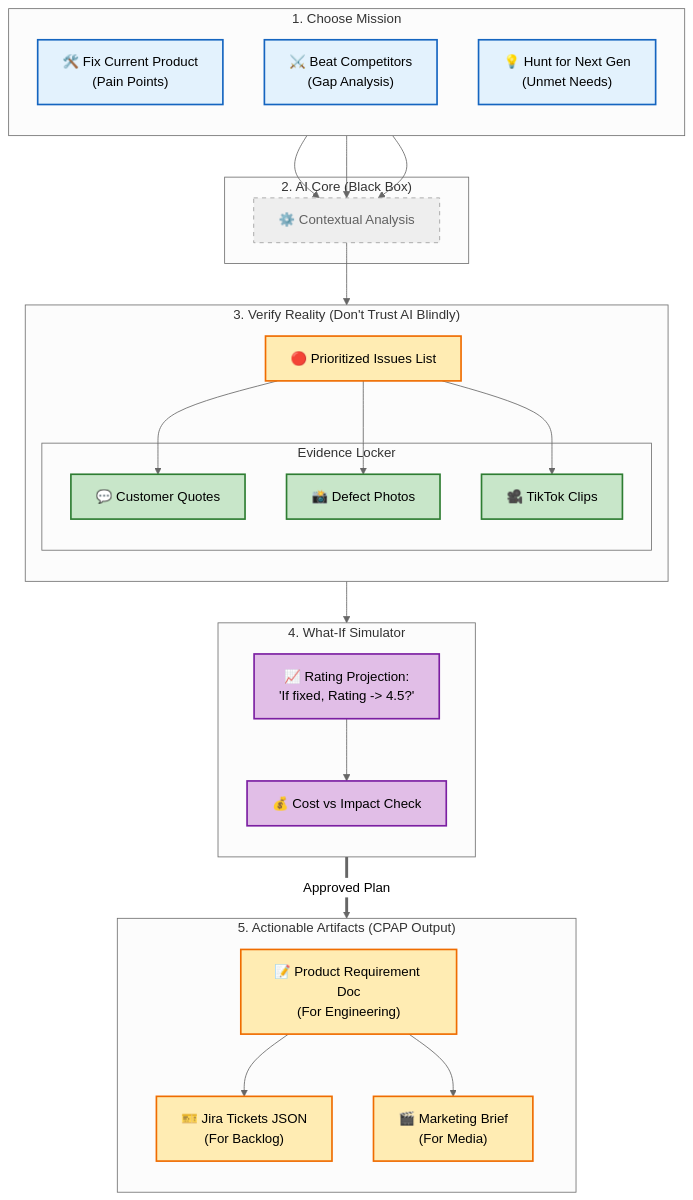
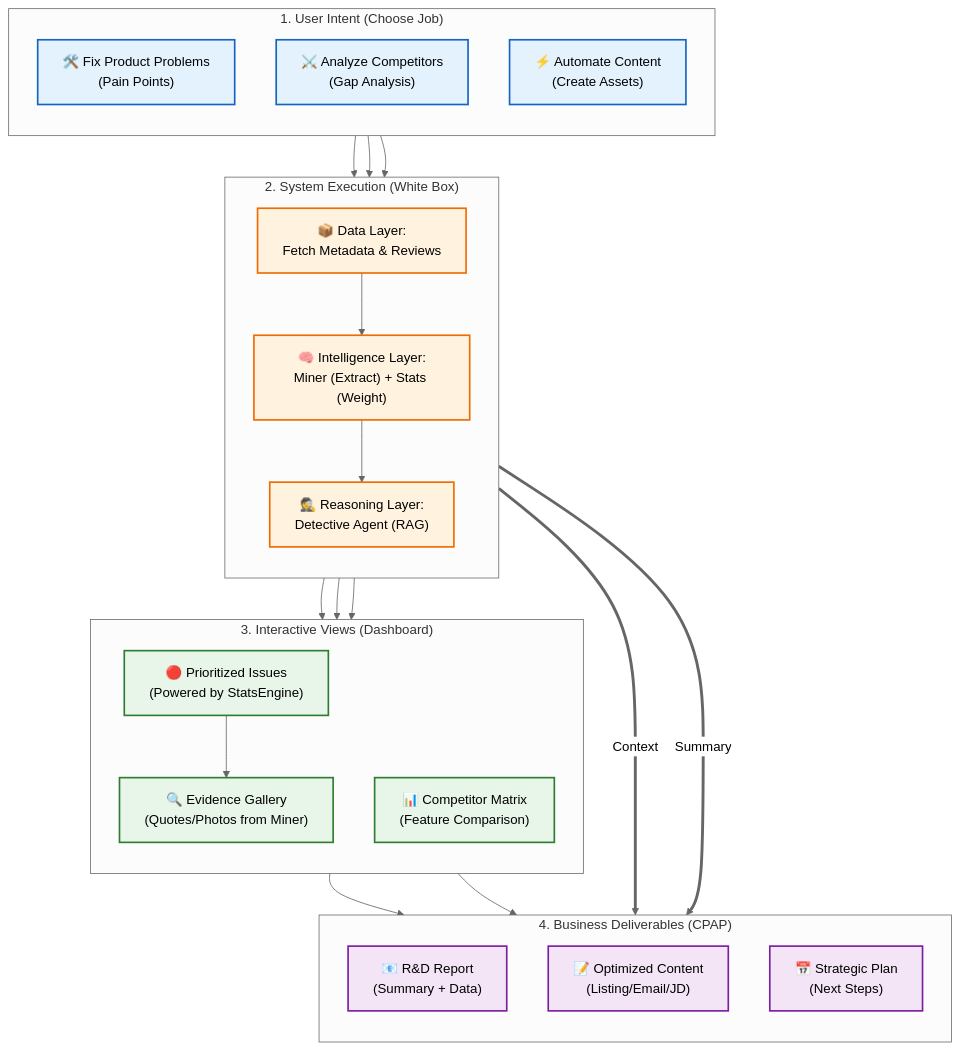
Before and after one commit to Daniel-LeTC/AI_market_intel_platform: the fifth of 5 diagrams in docs/ECOSYSTEM_NODES_MAP.md, drawn with Mermaid (neutral theme). The commit also changed other lines of this file, not shown here.

Commit message:
docs: finalize Part 4 (Product User View) with realistic Interactive Console mapping

````diff
--- a/docs/ECOSYSTEM_NODES_MAP.md
+++ b/docs/ECOSYSTEM_NODES_MAP.md
@@ -262,64 +262,61 @@
 ```mermaid
 graph TD
     %% STYLES
     classDef job fill:#e3f2fd,stroke:#1565c0,stroke-width:2px,color:#000;
-    classDef engine fill:#eeeeee,stroke:#9e9e9e,stroke-width:1px,color:#616161,stroke-dasharray: 5 5;
-    classDef output fill:#ffecb3,stroke:#ef6c00,stroke-width:2px,color:#000;
-    classDef action fill:#e1bee7,stroke:#7b1fa2,stroke-width:2px,color:#000;
-    classDef verify fill:#c8e6c9,stroke:#2e7d32,stroke-width:2px,color:#000;
+    classDef sys fill:#fff3e0,stroke:#ef6c00,stroke-width:2px,color:#000;
+    classDef out fill:#e8f5e9,stroke:#2e7d32,stroke-width:2px,color:#000;
+    classDef action fill:#f3e5f5,stroke:#7b1fa2,stroke-width:2px,color:#000;
 
-    %% --- 1. CHOOSE MISSION ---
-    subgraph INTENT ["1. Choose Mission"]
+    %% --- 1. USER JOBS (INPUT) ---
+    subgraph INTENT ["1. User Intent (Choose Job)"]
         direction TB
-        Job_Fix["🛠️ Fix Current Product<br/>(Pain Points)"]:::job
-        Job_Beat["⚔️ Beat Competitors<br/>(Gap Analysis)"]:::job
-        Job_Innovate["💡 Hunt for Next Gen<br/>(Unmet Needs)"]:::job
+        Job_Fix["🛠️ Fix Product Problems<br/>(Pain Points)"]:::job
+        Job_Beat["⚔️ Analyze Competitors<br/>(Gap Analysis)"]:::job
+        Job_Auto["⚡ Automate Content<br/>(Create Assets)"]:::job
     end
 
-    %% --- 2. ENGINE (HIDDEN) ---
-    subgraph ENGINE ["2. AI Core (Black Box)"]
-        Process["⚙️ Contextual Analysis"]:::engine
+    %% --- 2. SYSTEM PROCESSING (TRANSPARENT BOX) ---
+    subgraph SYSTEM ["2. System Execution (White Box)"]
+        direction TB
+        Node_Data["📦 Data Layer:<br/>Fetch Metadata & Reviews"]:::sys
+        Node_Intel["🧠 Intelligence Layer:<br/>Miner (Extract) + Stats (Weight)"]:::sys
+        Node_Reason["🕵️ Reasoning Layer:<br/>Detective Agent (RAG)"]:::sys
     end
 
-    %% --- 3. VERIFICATION (TRUST LAYER) ---
-    subgraph VERIFY ["3. Verify Reality (Don't Trust AI Blindly)"]
+    %% --- 3. INTERACTIVE OUTPUTS (TOUCHPOINTS) ---
+    subgraph VIEW ["3. Interactive Views (Dashboard)"]
         direction TB
-        Out_Issues["🔴 Prioritized Issues List"]:::output
-        
-        subgraph EVIDENCE_LOCKER ["Evidence Locker"]
-            Ev_Quotes["💬 Customer Quotes"]:::verify
-            Ev_Photos["📸 Defect Photos"]:::verify
-            Ev_Social["🎥 TikTok Clips"]:::verify
-        end
+        Out_Issues["🔴 Prioritized Issues<br/>(Powered by StatsEngine)"]:::out
+        Out_Evidence["🔍 Evidence Gallery<br/>(Quotes/Photos from Miner)"]:::out
+        Out_Gap["📊 Competitor Matrix<br/>(Feature Comparison)"]:::out
     end
 
-    %% --- 4. SIMULATION (DECISION LAYER) ---
-    subgraph SIM ["4. What-If Simulator"]
+    %% --- 4. ACTIONABLE ARTIFACTS (CPAP OUTPUT) ---
+    subgraph ACTION ["4. Business Deliverables (CPAP)"]
         direction TB
-        Sim_Rating["📈 Rating Projection:<br/>'If fixed, Rating -> 4.5?'"]:::action
-        Sim_ROI["💰 Cost vs Impact Check"]:::action
+        Act_Report["📧 R&D Report<br/>(Summary + Data)"]:::action
+        Act_Content["📝 Optimized Content<br/>(Listing/Email/JD)"]:::action
+        Act_Plan["📅 Strategic Plan<br/>(Next Steps)"]:::action
     end
 
-    %% --- 5. EXECUTION (CPAP WORKSPACE) ---
-    subgraph WORKSPACE ["5. Actionable Artifacts (CPAP Output)"]
-        direction TB
-        Art_PRD["📝 Product Requirement Doc<br/>(For Engineering)"]:::output
-        Art_Jira["🎫 Jira Tickets JSON<br/>(For Backlog)"]:::output
-        Art_Brief["🎬 Marketing Brief<br/>(For Media)"]:::output
-    end
+    %% FLOW MAPPING
+    Job_Fix --> Node_Data
+    Job_Beat --> Node_Data
+    Job_Auto --> Node_Reason
 
-    %% FLOW
-    Job_Fix & Job_Beat & Job_Innovate --> Process
-    Process --> Out_Issues
+    Node_Data --> Node_Intel
+    Node_Intel --> Node_Reason
     
-    %% Trust Loop
-    Out_Issues --> Ev_Quotes & Ev_Photos & Ev_Social
-    Ev_Quotes --> Sim_Rating
-    
-    %% Simulation Loop
-    Sim_Rating --> Sim_ROI
-    
-    %% Action Loop
-    Sim_ROI ==>|Approved Plan| Art_PRD
-    Art_PRD --> Art_Jira & Art_Brief
+    Node_Intel --> Out_Issues
+    Node_Intel --> Out_Evidence
+    Node_Reason --> Out_Gap
+
+    %% User Interactive Loop
+    Out_Issues --> Out_Evidence
+    Out_Evidence --> Act_Plan
+    Out_Gap --> Act_Content
+
+    %% Automation Link
+    Node_Reason ==>|Context| Act_Content
+    Node_Reason ==>|Summary| Act_Report
 ```
````
